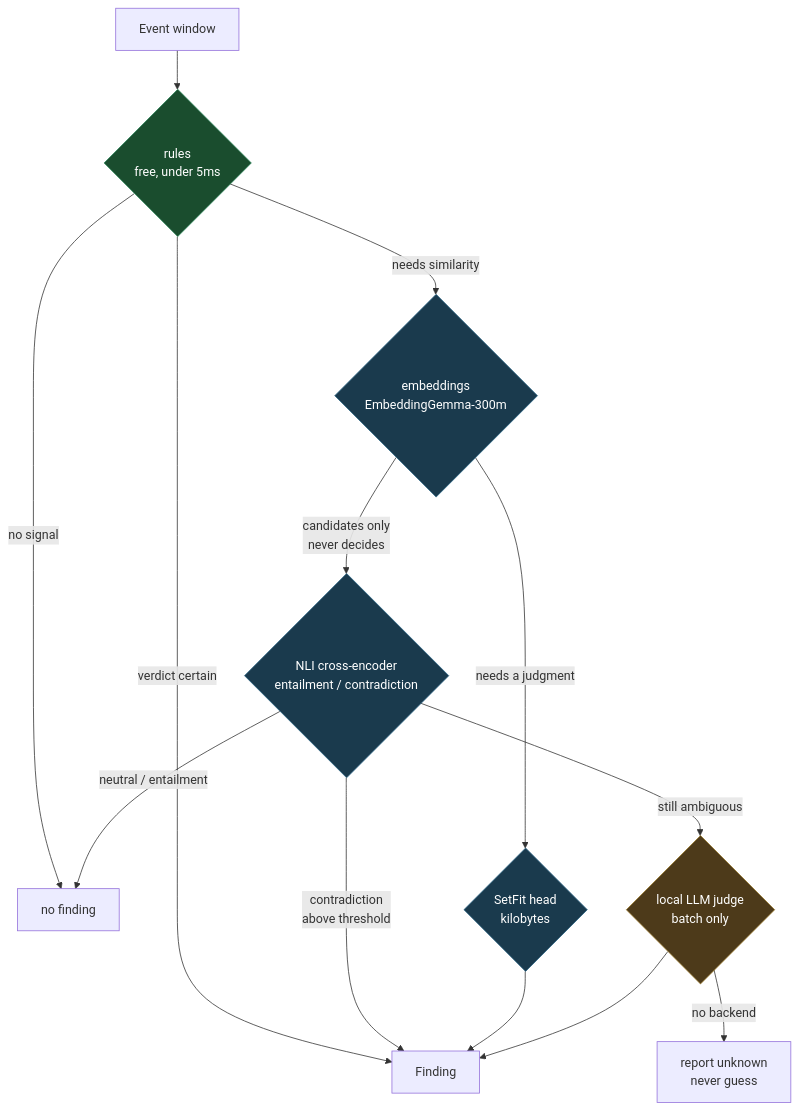
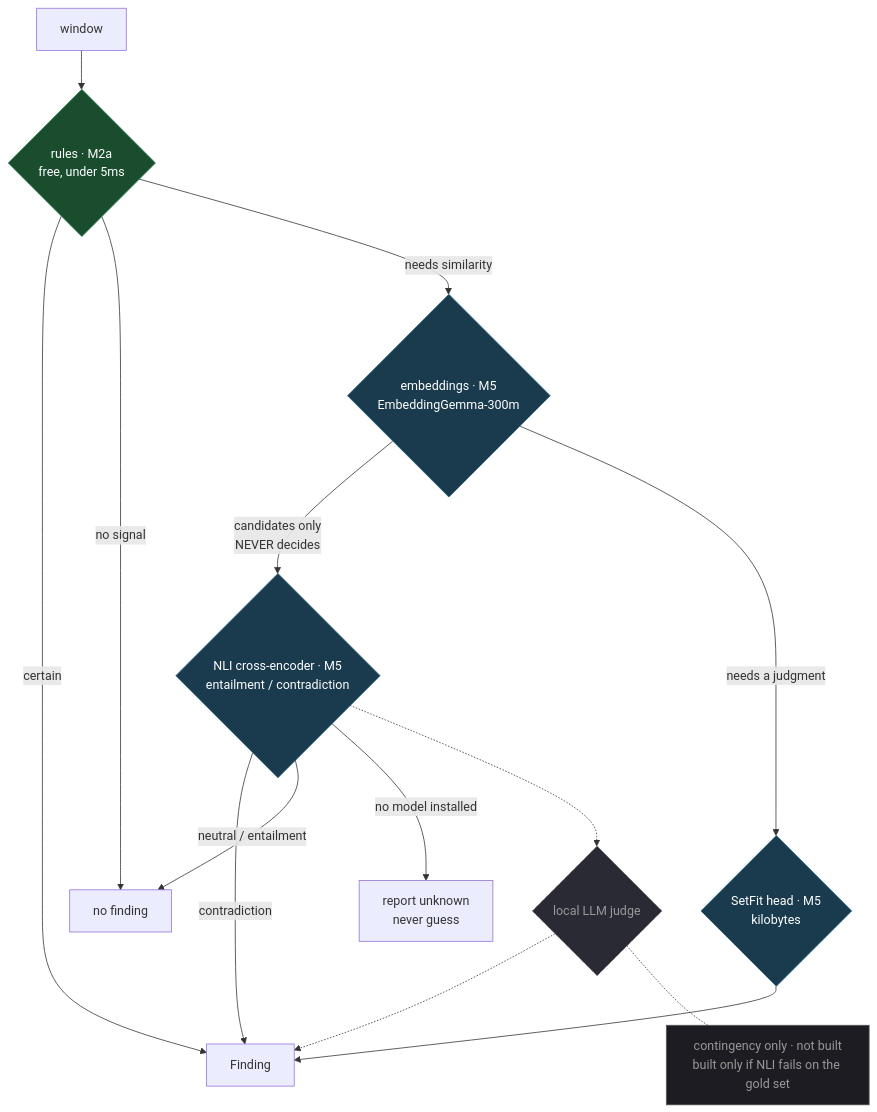
Before and after one commit to vibesenpai/vibesenpai: the third of 7 diagrams in docs/architecture.md, drawn with Mermaid. The commit also changed other lines of this file and 26 other files, not shown here.

First line of the commit message:
Never copy transcripts; add parser factory and schema versioning

````diff
--- a/docs/architecture.md
+++ b/docs/architecture.md
@@ -160,25 +248,28 @@
 ```mermaid
 flowchart TD
-  E["Event window"] --> R{"rules<br/>free, under 5ms"}
-  R -->|"verdict certain"| F["Finding"]
-  R -->|"needs similarity"| EM{"embeddings<br/>EmbeddingGemma-300m"}
+  E["window"] --> R{"rules · M2a<br/>free, under 5ms"}
+  R -->|"certain"| F["Finding"]
   R -->|"no signal"| N["no finding"]
+  R -->|"needs similarity"| EM{"embeddings · M5<br/>EmbeddingGemma-300m"}
 
-  EM -->|"candidates only<br/>never decides"| NL{"NLI cross-encoder<br/>entailment / contradiction"}
-  NL -->|"contradiction<br/>above threshold"| F
-  NL -->|"neutral / entailment"| N
-
-  EM -->|"needs a judgment"| CL{"SetFit head<br/>kilobytes"}
+  EM -->|"candidates only<br/>NEVER decides"| NL{"NLI cross-encoder · M5<br/>entailment / contradiction"}
+  EM -->|"needs a judgment"| CL{"SetFit head · M5<br/>kilobytes"}
   CL --> F
 
-  NL -->|"still ambiguous"| J{"local LLM judge<br/>batch only"}
-  J --> F
-  J -->|"no backend"| UN["report unknown<br/>never guess"]
+  NL -->|"contradiction"| F
+  NL -->|"neutral / entailment"| N
+  NL -->|"no model installed"| UN["report unknown<br/>never guess"]
+
+  NL -.-> J{"local LLM judge"}
+  J -.-> F
+  J -.- JN["contingency only · not built<br/>built only if NLI fails on the gold set"]
 
   classDef free fill:#1a4d2e,stroke:#2d8659,color:#fff
   classDef paid fill:#1a3a4d,stroke:#2d6686,color:#fff
-  classDef maybe fill:#4d3a1a,stroke:#997a2d,color:#fff
+  classDef unbuilt fill:#2a2a35,stroke:#777,color:#999,stroke-dasharray: 5 4
+  classDef note fill:#1c1c22,stroke:#555,color:#999
   class R free
   class EM,NL,CL paid
-  class J maybe
+  class J unbuilt
+  class JN note
 ```
````
